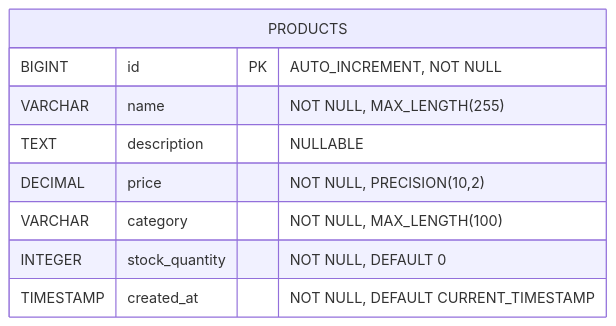
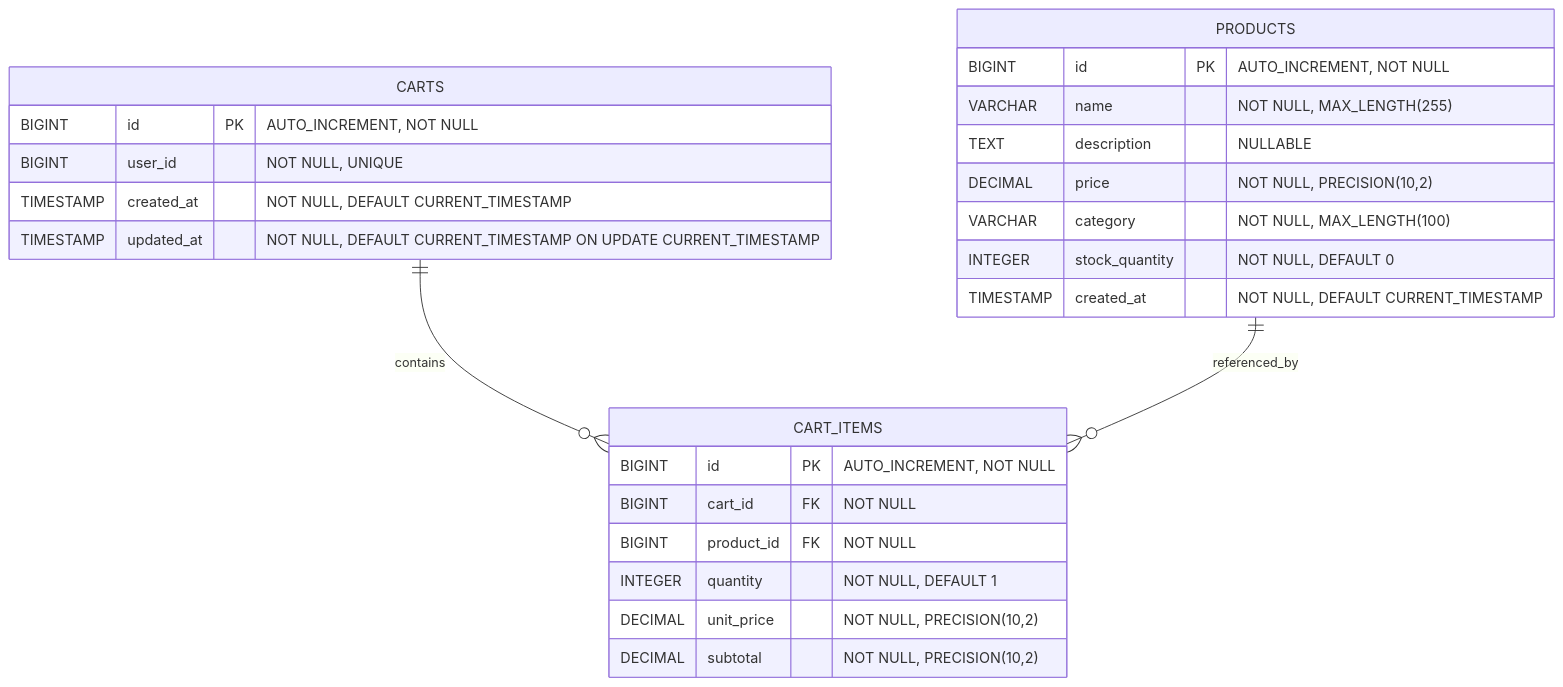
Before and after one commit to NavneetBN47/aava-ecom-demo: the second of 14 diagrams in docs/LLD/lld.md, drawn with Mermaid. The commit also changed other lines of this file, not shown here.

Commit message:
Auto-chunked LLD commit: 2026-03-03-09-22-56

````diff
--- a/docs/LLD/lld.md
+++ b/docs/LLD/lld.md
@@ -84,12 +216,31 @@
 ```mermaid
 erDiagram
     PRODUCTS {
         BIGINT id PK "AUTO_INCREMENT, NOT NULL"
         VARCHAR name "NOT NULL, MAX_LENGTH(255)"
         TEXT description "NULLABLE"
         DECIMAL price "NOT NULL, PRECISION(10,2)"
         VARCHAR category "NOT NULL, MAX_LENGTH(100)"
         INTEGER stock_quantity "NOT NULL, DEFAULT 0"
         TIMESTAMP created_at "NOT NULL, DEFAULT CURRENT_TIMESTAMP"
     }
+    
+    CARTS {
+        BIGINT id PK "AUTO_INCREMENT, NOT NULL"
+        BIGINT user_id "NOT NULL, UNIQUE"
+        TIMESTAMP created_at "NOT NULL, DEFAULT CURRENT_TIMESTAMP"
+        TIMESTAMP updated_at "NOT NULL, DEFAULT CURRENT_TIMESTAMP ON UPDATE CURRENT_TIMESTAMP"
+    }
+    
+    CART_ITEMS {
+        BIGINT id PK "AUTO_INCREMENT, NOT NULL"
+        BIGINT cart_id FK "NOT NULL"
+        BIGINT product_id FK "NOT NULL"
+        INTEGER quantity "NOT NULL, DEFAULT 1"
+        DECIMAL unit_price "NOT NULL, PRECISION(10,2)"
+        DECIMAL subtotal "NOT NULL, PRECISION(10,2)"
+    }
+    
+    CARTS ||--o{ CART_ITEMS : contains
+    PRODUCTS ||--o{ CART_ITEMS : referenced_by
 ```
````
